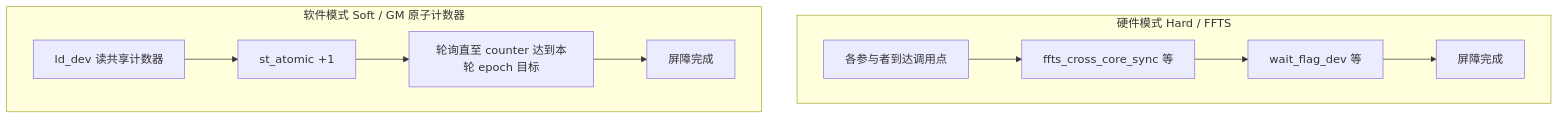
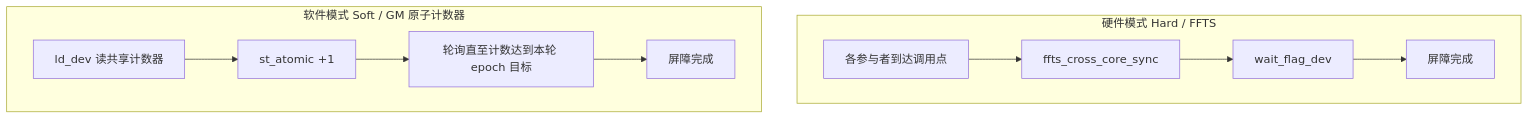
Before and after one commit to zouzias/pto-isa-mirror: the diagram in docs/isa/SYNCALL_zh.md, drawn with Mermaid. The commit also changed other lines of this file and 10 other files, not shown here.

````diff
--- a/docs/isa/SYNCALL_zh.md
+++ b/docs/isa/SYNCALL_zh.md
@@ -9,13 +7,13 @@
 ```mermaid
 flowchart TB
   subgraph hard [硬件模式 Hard / FFTS]
-    H1[各参与者到达调用点] --> H2[ffts_cross_core_sync 等]
-    H2 --> H3[wait_flag_dev 等]
+    H1[各参与者到达调用点] --> H2[ffts_cross_core_sync]
+    H2 --> H3[wait_flag_dev]
     H3 --> H4[屏障完成]
   end
   subgraph soft [软件模式 Soft / GM 原子计数器]
     S1[ld_dev 读共享计数器] --> S2[st_atomic +1]
-    S2 --> S3[轮询直至 counter 达到本轮 epoch 目标]
+    S2 --> S3[轮询直至计数达到本轮 epoch 目标]
     S3 --> S4[屏障完成]
   end
 ```
````
